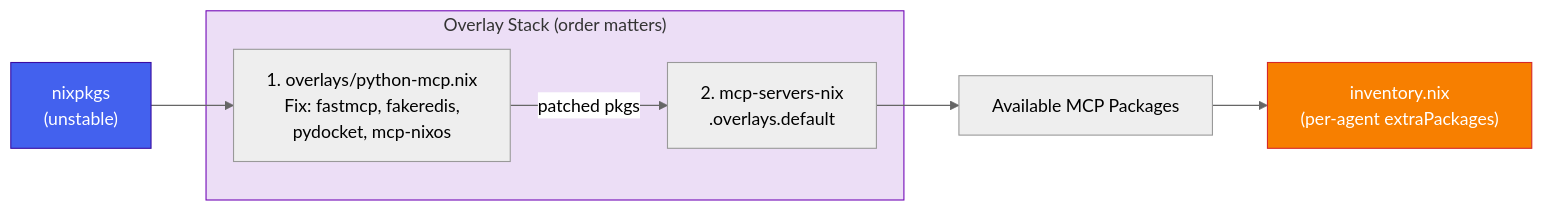
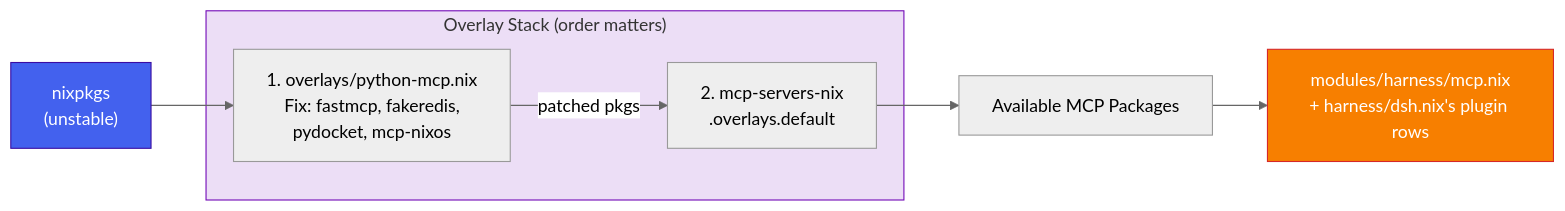
The fourth of 6 diagrams in docs/architecture.md (tenarches/nix-permafrost), drawn with Mermaid (neutral theme) before and after one commit. The commit also changed other lines of this file, not shown here.

First line of the commit message:
docs: rewrite architecture.md for the dendritic module tree

````diff
--- a/docs/architecture.md
+++ b/docs/architecture.md
@@ -233,18 +322,18 @@
 ```mermaid
 graph LR
     subgraph OVERLAYS["Overlay Stack (order matters)"]
         PY_MCP["1. overlays/python-mcp.nix<br/>Fix: fastmcp, fakeredis,<br/>pydocket, mcp-nixos"]
         MCP_OV["2. mcp-servers-nix<br/>.overlays.default"]
     end
 
     NIXPKGS["nixpkgs<br/>(unstable)"] --> PY_MCP
     PY_MCP -->|"patched pkgs"| MCP_OV
 
     MCP_OV --> PKGS["Available MCP Packages"]
 
-    PKGS --> INV["inventory.nix<br/>(per-agent extraPackages)"]
+    PKGS --> HARNESS["modules/harness/mcp.nix<br/>+ harness/dsh.nix's plugin rows"]
 
     style OVERLAYS fill:#7209b722,stroke:#7209b7
     style NIXPKGS fill:#4361ee,stroke:#3a0ca3,color:#fff
-    style INV fill:#f77f00,stroke:#d62828,color:#fff
+    style HARNESS fill:#f77f00,stroke:#d62828,color:#fff
 ```
````
